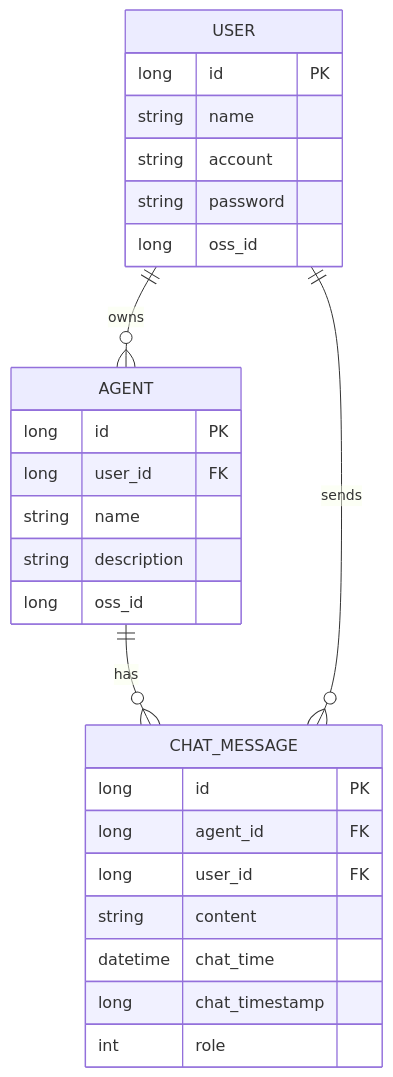
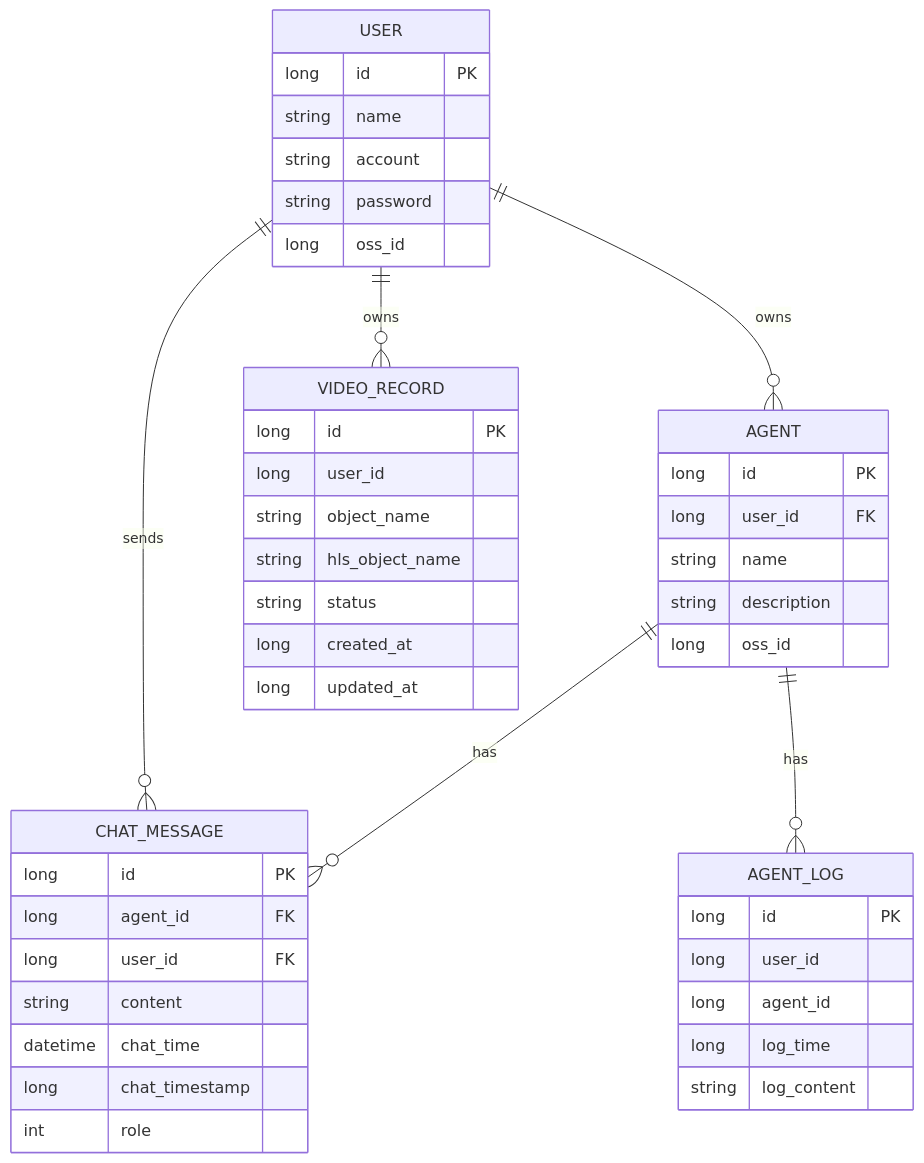
Diagram 41 of 42 in springboot/docs/SpringBootDesignDocument.md (nangong918/magic-vector), drawn with Mermaid before and after one commit. The commit also changed other lines of this file and 4 other files, not shown here.

````diff
--- a/springboot/docs/SpringBootDesignDocument.md
+++ b/springboot/docs/SpringBootDesignDocument.md
@@ -746,29 +886,47 @@
 ```mermaid
 erDiagram
     USER ||--o{ AGENT : owns
     AGENT ||--o{ CHAT_MESSAGE : has
+    AGENT ||--o{ AGENT_LOG : has
+    USER ||--o{ VIDEO_RECORD : owns
     USER ||--o{ CHAT_MESSAGE : sends
     USER {
       long id PK
       string name
       string account
       string password
       long oss_id
     }
     AGENT {
       long id PK
       long user_id FK
       string name
       string description
       long oss_id
     }
     CHAT_MESSAGE {
       long id PK
       long agent_id FK
       long user_id FK
       string content
       datetime chat_time
       long chat_timestamp
       int role
     }
+    AGENT_LOG {
+      long id PK
+      long user_id
+      long agent_id
+      long log_time
+      string log_content
+    }
+    VIDEO_RECORD {
+      long id PK
+      long user_id
+      string object_name
+      string hls_object_name
+      string status
+      long created_at
+      long updated_at
+    }
 ```
````
